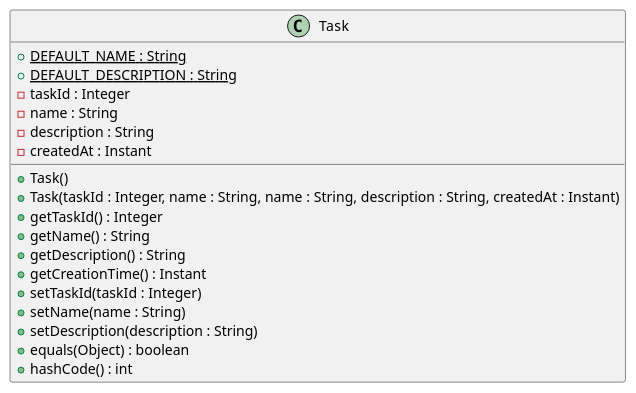
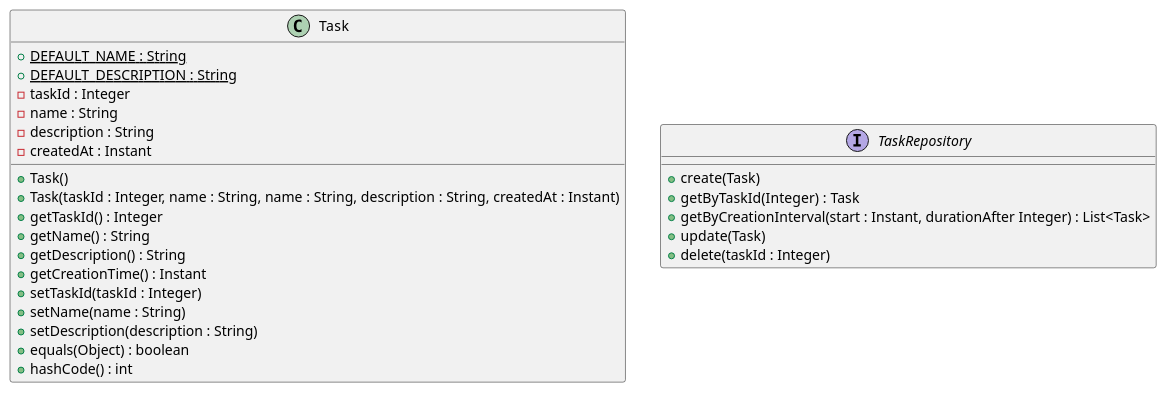
One commit to AhmdSkr/task-manager-client changed the diagram in src/main/java/com/rakkiz/taskmanagerclient/Task-Manager-Client-Class-Diagram.puml. Above: the diagram before and after it, drawn with PlantUML.

Commit message:
Class Diagram Updated

```diff
--- a/src/main/java/com/rakkiz/taskmanagerclient/Task-Manager-Client-Class-Diagram.puml
+++ b/src/main/java/com/rakkiz/taskmanagerclient/Task-Manager-Client-Class-Diagram.puml
@@ -1,23 +1,31 @@
 @startuml
 'https://plantuml.com/class-diagram
 
 class Task {
     + {static} DEFAULT_NAME : String
     + {static} DEFAULT_DESCRIPTION : String
     - taskId : Integer
     - name : String
     - description : String
     - createdAt : Instant
     + Task()
     + Task(taskId : Integer, name : String, name : String, description : String, createdAt : Instant)
     + getTaskId() : Integer
     + getName() : String
     + getDescription() : String
     + getCreationTime() : Instant
     + setTaskId(taskId : Integer)
     + setName(name : String)
     + setDescription(description : String)
     + equals(Object) : boolean
     + hashCode() : int
 }
+
+interface TaskRepository {
+    + create(Task)
+    + getByTaskId(Integer) : Task
+    + getByCreationInterval(start : Instant, durationAfter Integer) : List<Task>
+    + update(Task)
+    + delete(taskId : Integer)
+}
 @enduml
```
